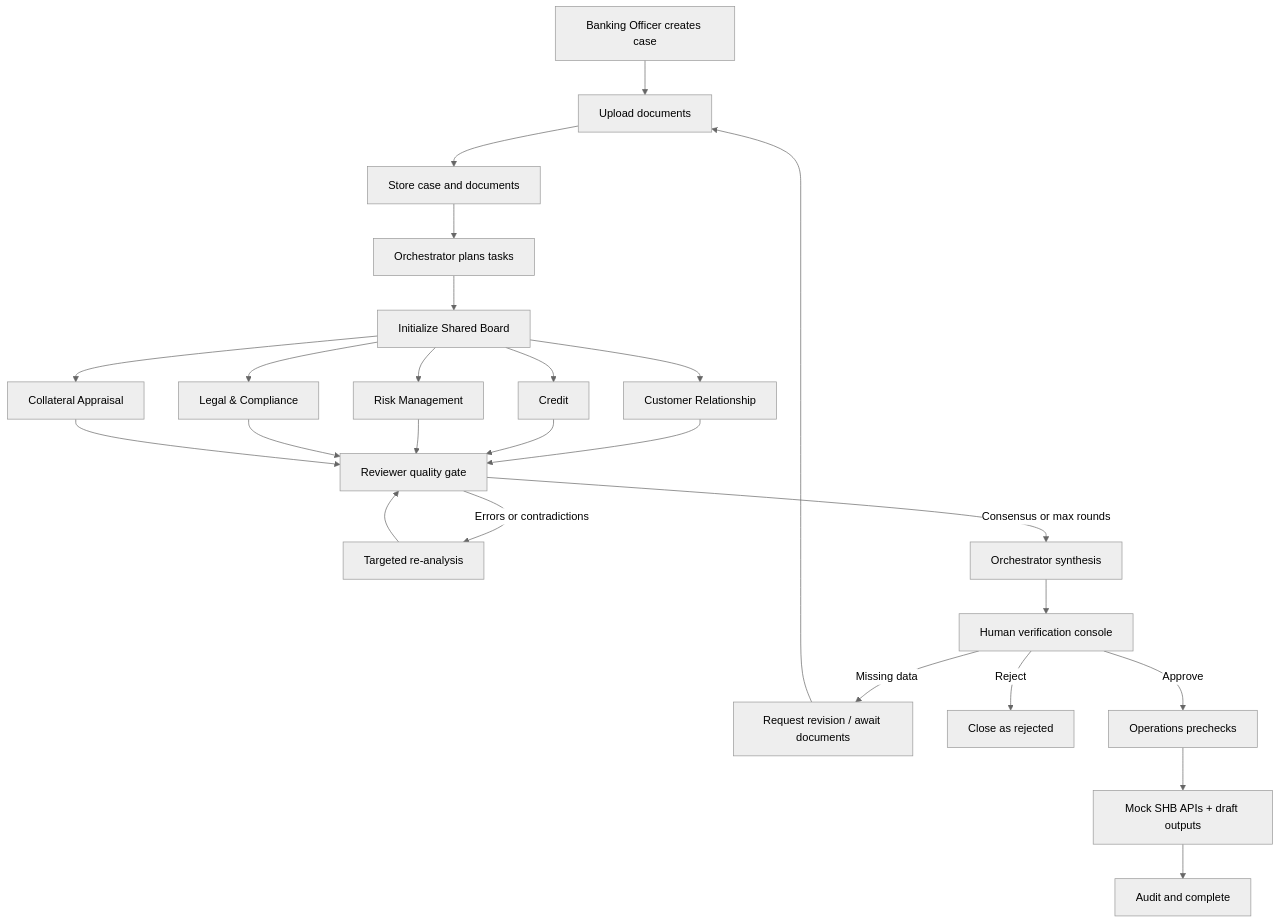
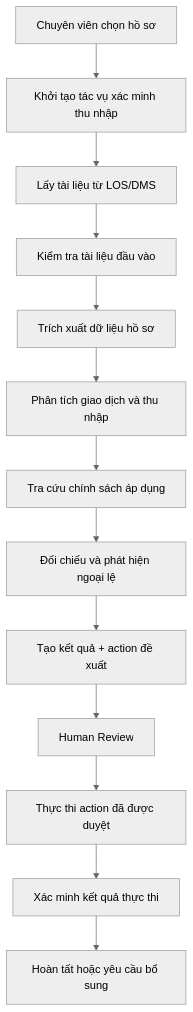
One commit to AnNT-k7/HUB_claude_code changed the diagram in docs/WORKFLOW.md. Above: the diagram before and after it, drawn with Mermaid (neutral theme). The commit also changed other lines of this file, not shown here.

````diff
--- a/docs/WORKFLOW.md
+++ b/docs/WORKFLOW.md
@@ -7,29 +9,15 @@
 ```mermaid
 flowchart TD
-    A[Banking Officer creates case] --> B[Upload documents]
-    B --> C[Store case and documents]
-    C --> D[Orchestrator plans tasks]
-    D --> E[Initialize Shared Board]
-
-    E --> F1[Customer Relationship]
-    E --> F2[Credit]
-    E --> F3[Risk Management]
-    E --> F4[Legal & Compliance]
-    E --> F5[Collateral Appraisal]
-
-    F1 --> G[Reviewer quality gate]
-    F2 --> G
-    F3 --> G
-    F4 --> G
-    F5 --> G
-    G -->|Errors or contradictions| H[Targeted re-analysis]
-    H --> G
-    G -->|Consensus or max rounds| I[Orchestrator synthesis]
-    I --> J[Human verification console]
-    J -->|Missing data| K[Request revision / await documents]
-    K --> B
-    J -->|Reject| L[Close as rejected]
-    J -->|Approve| M[Operations prechecks]
-    M --> N[Mock SHB APIs + draft outputs]
-    N --> O[Audit and complete]
+    A[Chuyên viên chọn hồ sơ] --> B[Khởi tạo tác vụ xác minh thu nhập]
+    B --> C[Lấy tài liệu từ LOS/DMS]
+    C --> D[Kiểm tra tài liệu đầu vào]
+    D --> E[Trích xuất dữ liệu hồ sơ]
+    E --> F[Phân tích giao dịch và thu nhập]
+    F --> G[Tra cứu chính sách áp dụng]
+    G --> H[Đối chiếu và phát hiện ngoại lệ]
+    H --> I[Tạo kết quả + action đề xuất]
+    I --> J[Human Review]
+    J --> K[Thực thi action đã được duyệt]
+    K --> L[Xác minh kết quả thực thi]
+    L --> M[Hoàn tất hoặc yêu cầu bổ sung]
 ```
````
